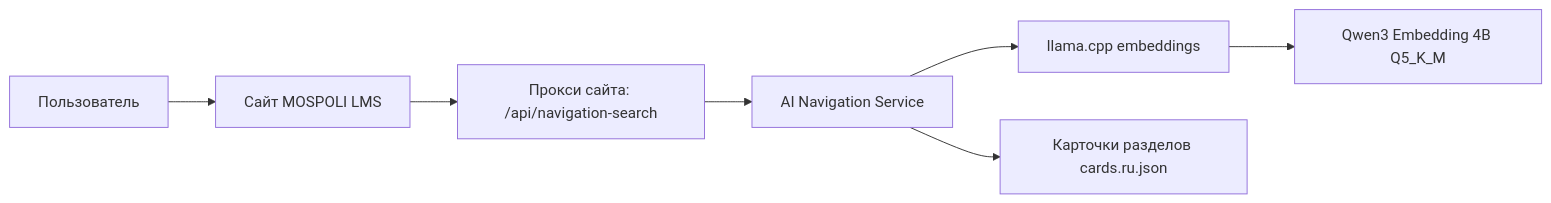
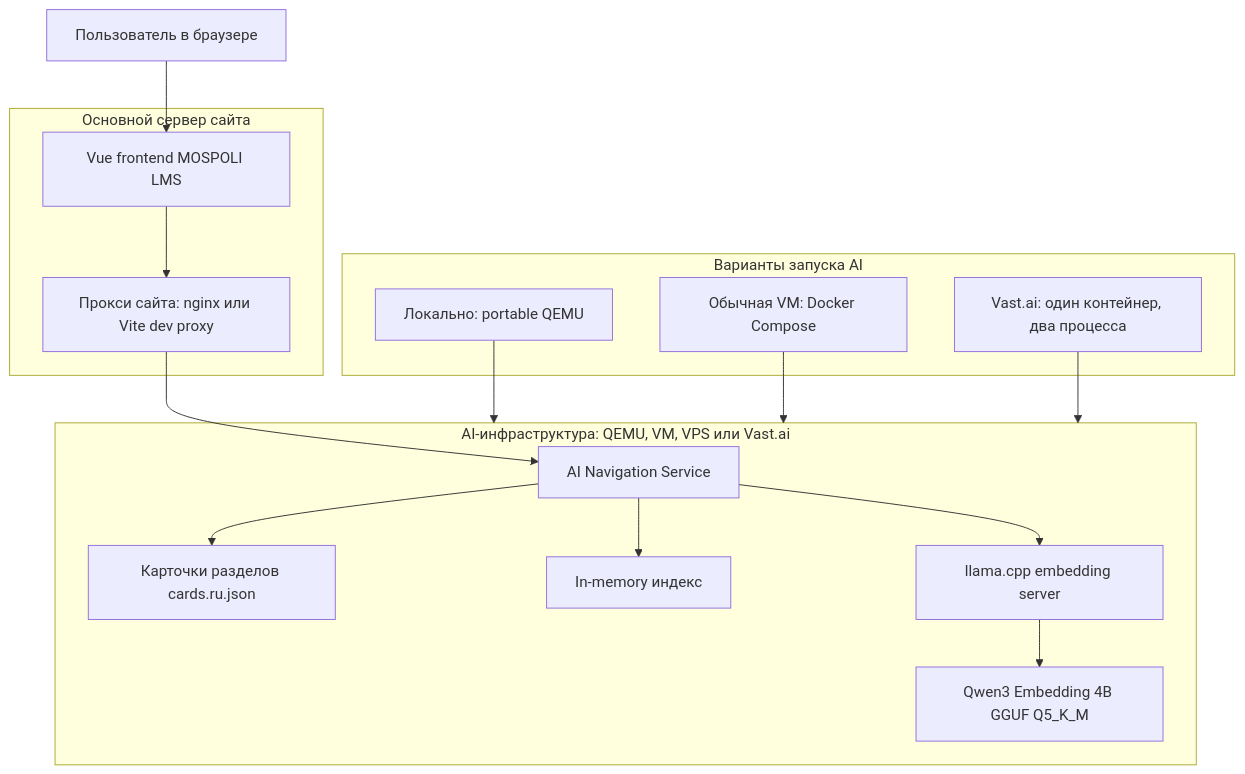
One commit to GockMock/MOSPOLI_LMS changed the first of 3 diagrams in docs/ai-navigation-architecture.md. Above: the diagram before and after it, drawn with Mermaid. The commit also changed other lines of this file, not shown here.

Commit message:
Condense AI architecture docs to three diagrams

````diff
--- a/docs/ai-navigation-architecture.md
+++ b/docs/ai-navigation-architecture.md
@@ -7,9 +7,39 @@
 ```mermaid
-flowchart LR
-    user[Пользователь] --> site[Сайт MOSPOLI LMS]
-    site --> proxy[Прокси сайта: /api/navigation-search]
-    proxy --> api[AI Navigation Service]
-    api --> llama[llama.cpp embeddings]
-    llama --> model[Qwen3 Embedding 4B Q5_K_M]
-    api --> cards[Карточки разделов cards.ru.json]
+flowchart TB
+    user[Пользователь в браузере]
+    frontend[Vue frontend MOSPOLI LMS]
+    proxy[Прокси сайта: nginx или Vite dev proxy]
+
+    user --> frontend
+    frontend --> proxy
+
+    proxy --> api
+
+    subgraph site[Основной сервер сайта]
+        frontend
+        proxy
+    end
+
+    subgraph ai[AI-инфраструктура: QEMU, VM, VPS или Vast.ai]
+        api[AI Navigation Service]
+        cards[Карточки разделов cards.ru.json]
+        index[In-memory индекс]
+        llama[llama.cpp embedding server]
+        model[Qwen3 Embedding 4B GGUF Q5_K_M]
+
+        api --> cards
+        api --> index
+        api --> llama
+        llama --> model
+    end
+
+    subgraph deploy[Варианты запуска AI]
+        qemu[Локально: portable QEMU]
+        vm[Обычная VM: Docker Compose]
+        vast[Vast.ai: один контейнер, два процесса]
+    end
+
+    qemu --> ai
+    vm --> ai
+    vast --> ai
 ```
````
